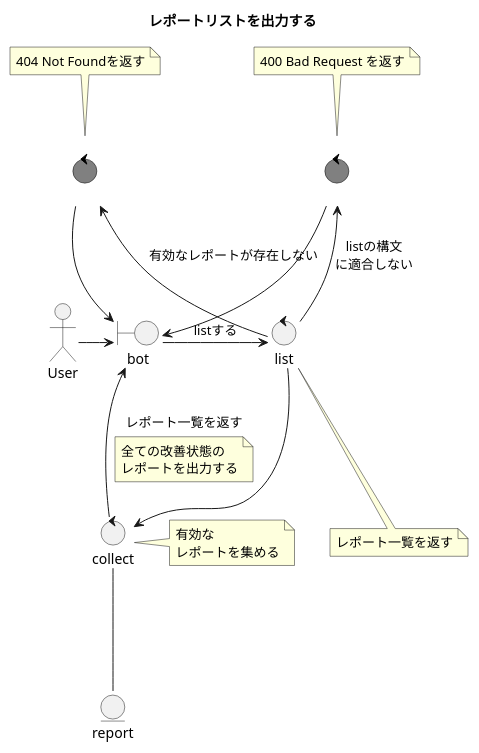
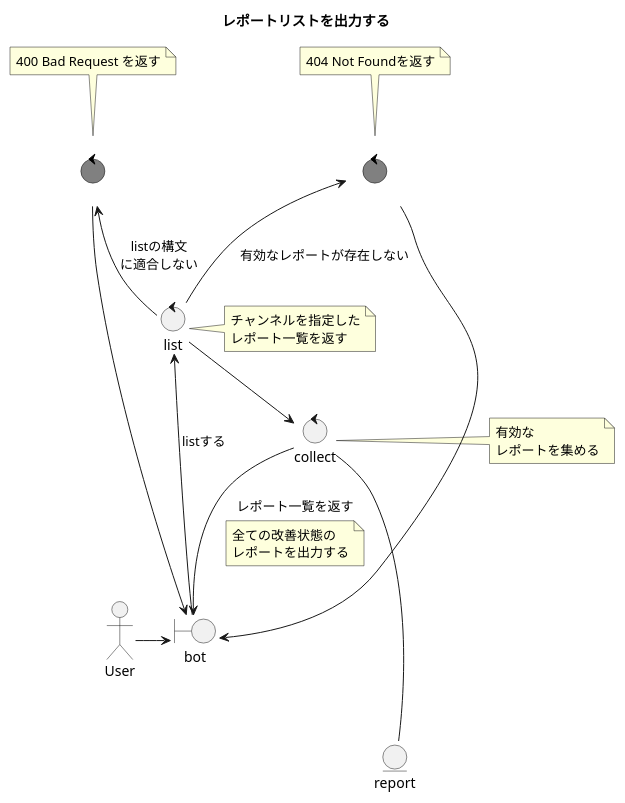
One commit to ito-masam/kpt-guard.doc changed the diagram in 1.design/3.robustnesses/list-report.md. Above: the diagram before and after it, drawn with PlantUML. The commit also changed 9 other files, not shown here.

```diff
--- a/1.design/3.robustnesses/list-report.md
+++ b/1.design/3.robustnesses/list-report.md
@@ -1,53 +1,54 @@
 @startuml
 
     ' ----------- meta
     title レポートリストを出力する
 
     skinparam {
       ControlFontColor<<error>> white
       ControlFontName<<error>> Verdana
       ControlBackgroundColor<<error>> gray
       ControlBorderColor<<error>> black
     }
 
     actor User
     boundary bot
     control list
-    note bottom of list
+    note right of list
+        チャンネルを指定した
         レポート一覧を返す
     end note
     control collect
     note right of collect
         有効な
         レポートを集める
     end note
     entity report
 
 
     ' ----------- main
     User -right-> bot
     bot -right--> list : listする
     list --> collect
     collect --- report
     collect --> bot : レポート一覧を返す
     note on link
         全ての改善状態の
         レポートを出力する
     end note
 
     ' ----------- alternative
     control error400 <<error>>
     note top of error400
         400 Bad Request を返す
     end note
     list -up-> error400 : listの構文\nに適合しない
     error400 --> bot
 
     control error404 <<error>>
     note top of error404
         404 Not Foundを返す
     end note
     list -up-> error404 : 有効なレポートが存在しない
     error404 --> bot
 
 @enduml
```
